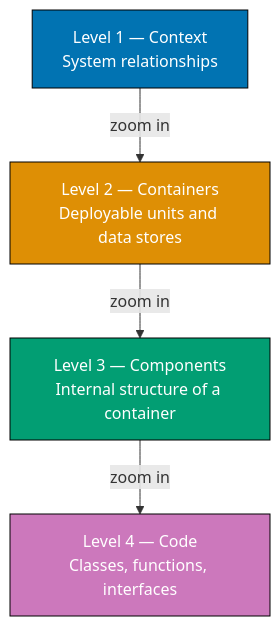
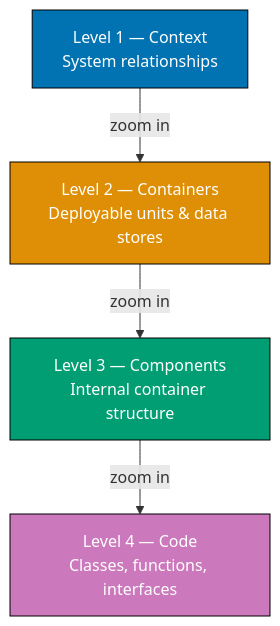
One commit to wahidyankf/baseerah changed the first of 30 diagrams in apps/ayokoding-www/content/en/learn/software-engineering/software-architecture/c4-model/by-example/beginner.md. Above: the diagram before and after it, drawn with Mermaid. The commit also changed other lines of this file and 88 other files, not shown here.

First line of the commit message:
fix(ayokoding-www): resolve pre-existing Mermaid violations, exclude fixtures/plans-done

````diff
--- a/apps/ayokoding-www/content/en/learn/software-engineering/software-architecture/c4-model/by-example/beginner.md
+++ b/apps/ayokoding-www/content/en/learn/software-engineering/software-architecture/c4-model/by-example/beginner.md
@@ -18,16 +18,16 @@
 ```mermaid
 graph TD
     A["Level 1 — Context<br/>System relationships"]
-    B["Level 2 — Containers<br/>Deployable units and data stores"]
-    C["Level 3 — Components<br/>Internal structure of a container"]
+    B["Level 2 — Containers<br/>Deployable units & data stores"]
+    C["Level 3 — Components<br/>Internal container structure"]
     D["Level 4 — Code<br/>Classes, functions, interfaces"]
 
     A -->|"zoom in"| B
     B -->|"zoom in"| C
     C -->|"zoom in"| D
 
     style A fill:#0173B2,stroke:#000,color:#fff
     style B fill:#DE8F05,stroke:#000,color:#fff
     style C fill:#029E73,stroke:#000,color:#fff
     style D fill:#CC78BC,stroke:#000,color:#fff
 ```
````
